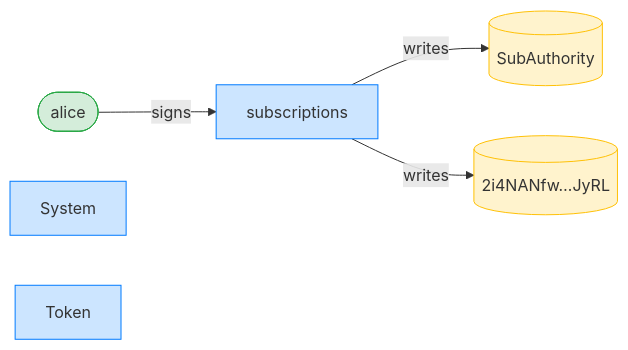
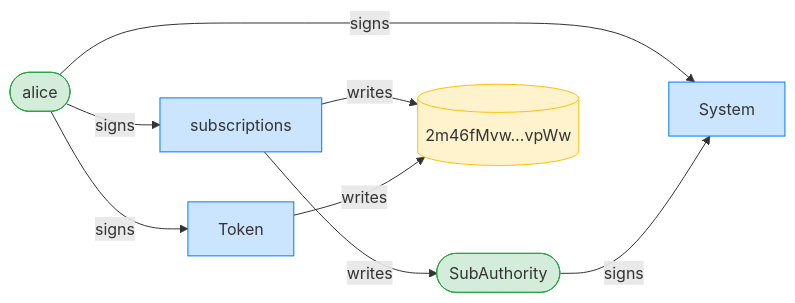
The third of 12 diagrams in dsl_tests/revoke-abandoned-rejects-a-non-sponsor-caller.md (cds-rs/subscriptions), drawn with Mermaid before and after one commit. The commit also changed other lines of this file and 224 other files, not shown here.

````diff
--- a/dsl_tests/revoke-abandoned-rejects-a-non-sponsor-caller.md
+++ b/dsl_tests/revoke-abandoned-rejects-a-non-sponsor-caller.md
@@ -53,15 +54,19 @@
 ```mermaid
 flowchart LR
     classDef signer fill:#d4edda,stroke:#28a745;
     classDef program fill:#cce5ff,stroke:#007bff;
     classDef writable fill:#fff3cd,stroke:#ffc107;
     subscriptions[subscriptions]:::program
     alice([alice]):::signer
-    SubAuthority[(SubAuthority)]:::writable
-    2i4NANfw_JyRL[("2i4NANfw…JyRL")]:::writable
+    SubAuthority([SubAuthority]):::signer
+    2m46fMvw_vpWw[("2m46fMvw…vpWw")]:::writable
     System[System]:::program
     Token[Token]:::program
     alice -->|signs| subscriptions
+    alice -->|signs| System
+    SubAuthority -->|signs| System
+    alice -->|signs| Token
     subscriptions -->|writes| SubAuthority
-    subscriptions -->|writes| 2i4NANfw_JyRL
+    subscriptions -->|writes| 2m46fMvw_vpWw
+    Token -->|writes| 2m46fMvw_vpWw
 ```
````
